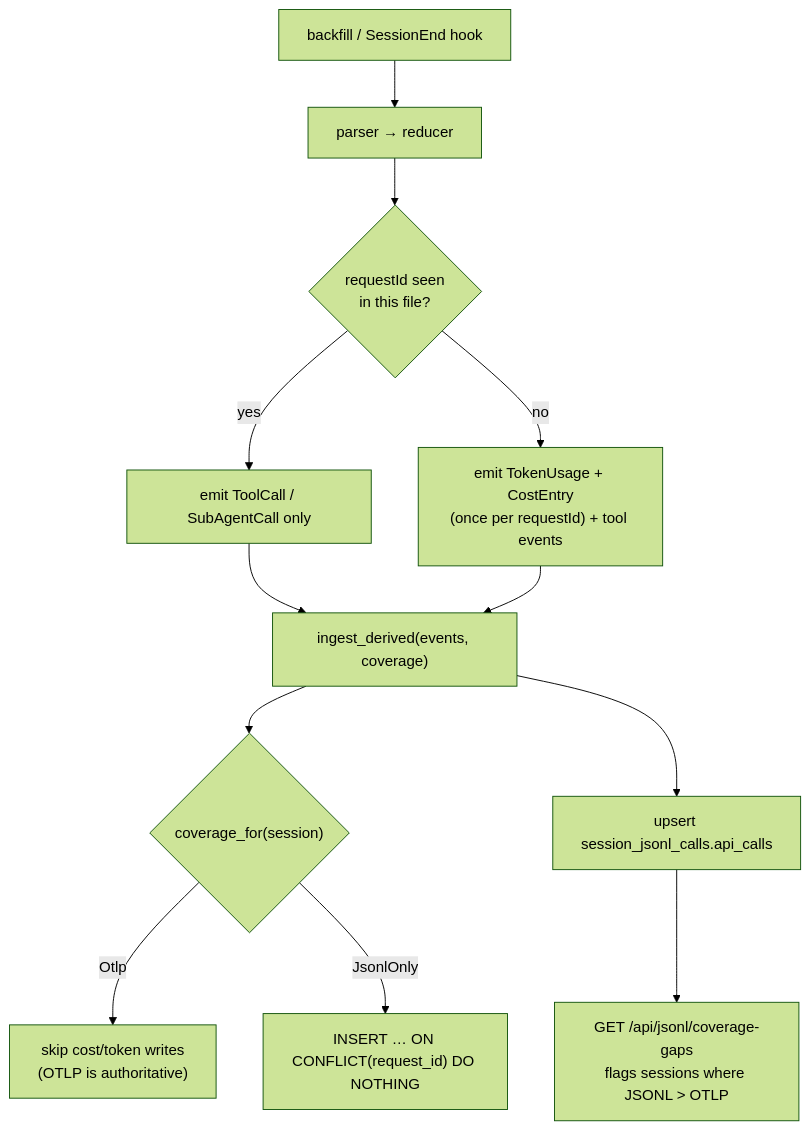
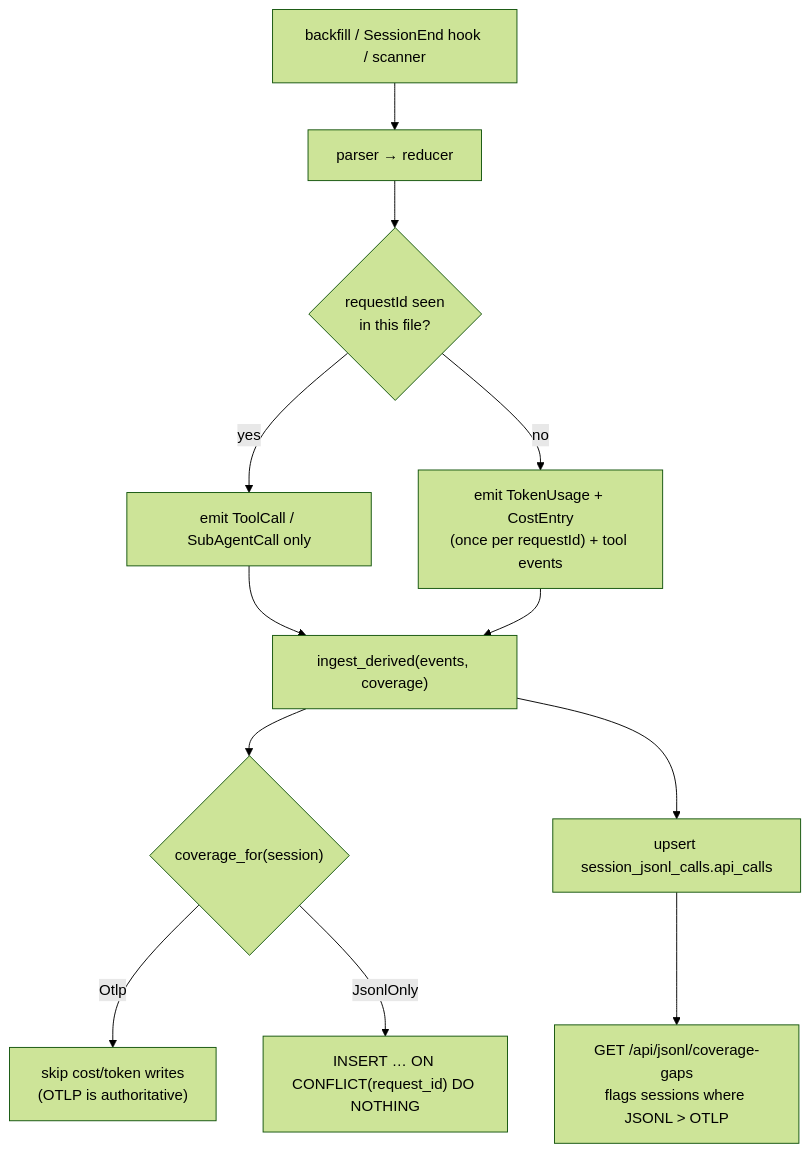
The second of 2 diagrams in docs/architecture.md (satish-krishna/andon), drawn with Mermaid (forest theme) before and after one commit. The commit also changed other lines of this file and 14 other files, not shown here.

Commit message:
feat(jsonl): keep cost flowing when OTLP is routed to a managed collector (#38)

````diff
--- a/docs/architecture.md
+++ b/docs/architecture.md
@@ -79,14 +87,14 @@
 ```mermaid
 flowchart TD
-    A["backfill / SessionEnd hook"] --> B["parser → reducer"]
+    A["backfill / SessionEnd hook / scanner"] --> B["parser → reducer"]
     B --> C{"requestId seen<br/>in this file?"}
     C -- "yes" --> D["emit ToolCall / SubAgentCall only"]
     C -- "no" --> E["emit TokenUsage + CostEntry<br/>(once per requestId) + tool events"]
     D --> F["ingest_derived(events, coverage)"]
     E --> F
     F --> G{"coverage_for(session)"}
     G -- "Otlp" --> H["skip cost/token writes<br/>(OTLP is authoritative)"]
     G -- "JsonlOnly" --> I["INSERT … ON CONFLICT(request_id) DO NOTHING"]
     F --> J["upsert session_jsonl_calls.api_calls"]
     J --> K["GET /api/jsonl/coverage-gaps<br/>flags sessions where JSONL > OTLP"]
 ```
````
